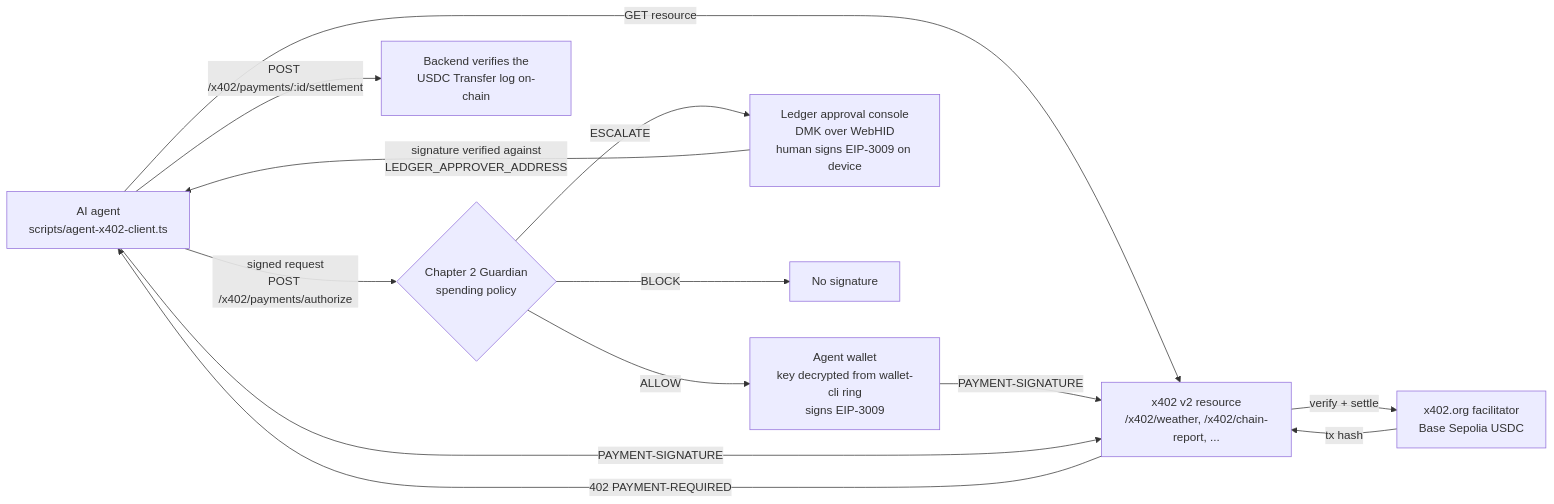
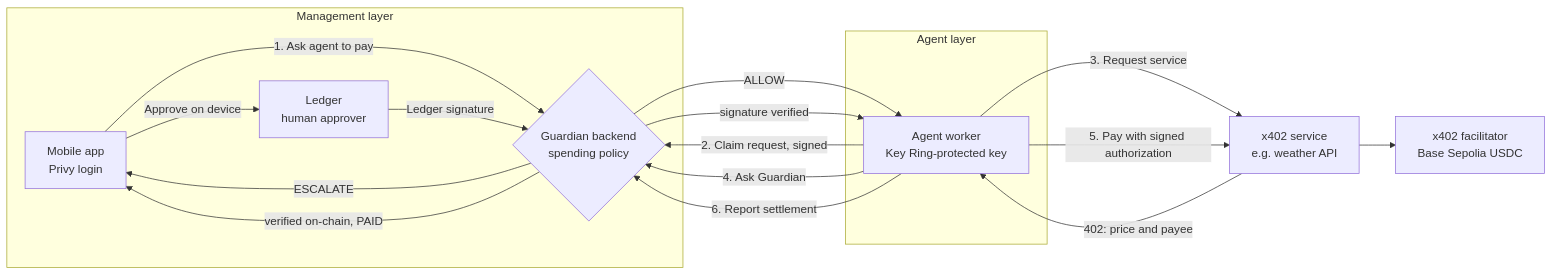
The diagram in README.md (maxiggle/ethonline-2026), drawn with Mermaid before and after one commit. The commit also changed other lines of this file and 1 other file, not shown here.

````diff
--- a/README.md
+++ b/README.md
@@ -16,15 +39,28 @@
 ```mermaid
 flowchart LR
-    A[AI agent<br/>scripts/agent-x402-client.ts] -->|GET resource| R[x402 v2 resource<br/>/x402/weather, /x402/chain-report, ...]
-    R -->|402 PAYMENT-REQUIRED| A
-    A -->|signed request<br/>POST /x402/payments/authorize| G{Chapter 2 Guardian<br/>spending policy}
-    G -->|ALLOW| K[Agent wallet<br/>key decrypted from wallet-cli ring<br/>signs EIP-3009]
-    G -->|ESCALATE| L[Ledger approval console<br/>DMK over WebHID<br/>human signs EIP-3009 on device]
-    G -->|BLOCK| X[No signature]
-    K -->|PAYMENT-SIGNATURE| R
-    L -->|signature verified against<br/>LEDGER_APPROVER_ADDRESS| A
-    A -->|PAYMENT-SIGNATURE| R
-    R -->|verify + settle| F[x402.org facilitator<br/>Base Sepolia USDC]
-    F -->|tx hash| R
-    A -->|POST /x402/payments/:id/settlement| V[Backend verifies the<br/>USDC Transfer log on-chain]
+    subgraph M[Management layer]
+        APP[Mobile app<br/>Privy login]
+        G{Guardian backend<br/>spending policy}
+        L[Ledger<br/>human approver]
+    end
+    subgraph A[Agent layer]
+        W[Agent worker<br/>Key Ring-protected key]
+    end
+    S[x402 service<br/>e.g. weather API]
+    F[x402 facilitator<br/>Base Sepolia USDC]
+
+    APP -->|1. Ask agent to pay| G
+    W -->|2. Claim request, signed| G
+    W -->|3. Request service| S
+    S -->|402: price and payee| W
+    W -->|4. Ask Guardian| G
+    G -->|ALLOW| W
+    G -->|ESCALATE| APP
+    APP -->|Approve on device| L
+    L -->|Ledger signature| G
+    G -->|signature verified| W
+    W -->|5. Pay with signed authorization| S
+    S --> F
+    W -->|6. Report settlement| G
+    G -->|verified on-chain, PAID| APP
 ```
````
